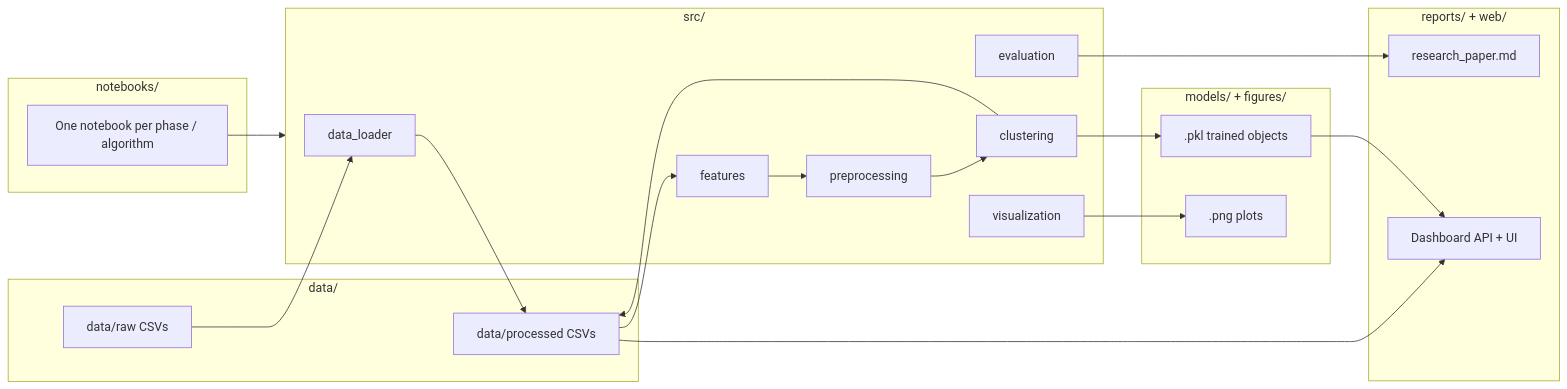
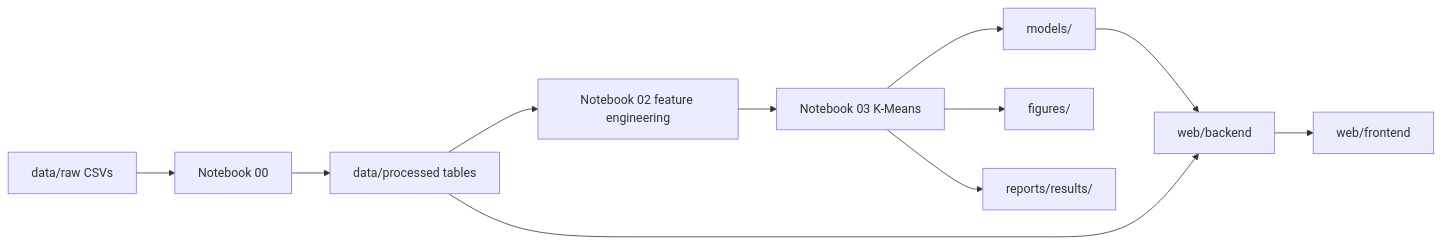
The diagram in docs/ARCHITECTURE.md (AfafKhadraoui/Student-Learning-Behavior-Clustering-Profiling), drawn with Mermaid before and after one commit. The commit also changed other lines of this file and 8 other files, not shown here.

````diff
--- a/docs/ARCHITECTURE.md
+++ b/docs/ARCHITECTURE.md
@@ -9,41 +7,13 @@
 ```mermaid
 flowchart LR
-    subgraph data_layer [data/]
-        RAW[data/raw CSVs]
-        PROC[data/processed CSVs]
-    end
-
-    subgraph code_layer [src/]
-        DL[data_loader]
-        FE[features]
-        PP[preprocessing]
-        CL[clustering]
-        EV[evaluation]
-        VZ[visualization]
-    end
-
-    subgraph artifacts [models/ + figures/]
-        PKL[.pkl trained objects]
-        PNG[.png plots]
-    end
-
-    subgraph notebooks [notebooks/]
-        NB[One notebook per phase / algorithm]
-    end
-
-    subgraph outputs [reports/ + web/]
-        PAPER[research_paper.md]
-        WEB[Dashboard API + UI]
-    end
-
-    RAW --> DL --> PROC
-    PROC --> FE --> PP
-    PP --> CL
-    CL --> PKL
-    CL --> PROC
-    EV --> PAPER
-    VZ --> PNG
-    NB --> code_layer
+    RAW[data/raw CSVs] --> NB00[Notebook 00]
+    NB00 --> PROC[data/processed tables]
+    PROC --> NB02[Notebook 02 feature engineering]
+    NB02 --> NB03[Notebook 03 K-Means]
+    NB03 --> MODELS[models/]
+    NB03 --> FIGURES[figures/]
+    NB03 --> RESULTS[reports/results/]
+    MODELS --> WEB[web/backend]
     PROC --> WEB
-    PKL --> WEB
+    WEB --> UI[web/frontend]
 ```
````
